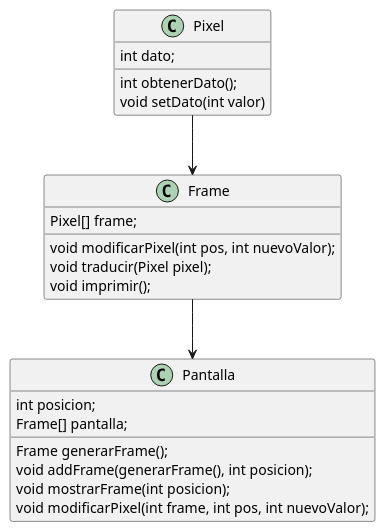
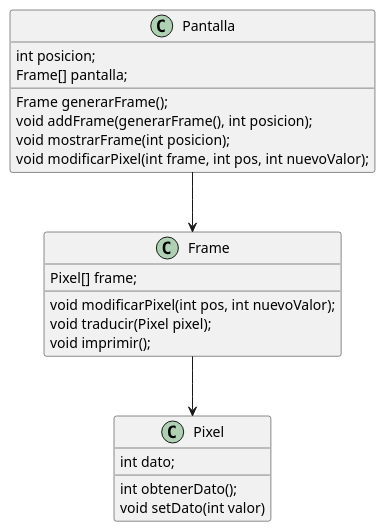
The diagram in entregas/deCosSaul/entrega-000/uml/diagrama.puml (mmasias/24-25-EDA2), drawn with PlantUML before and after one commit. The commit also changed 1 other file, not shown here.

Commit message:
diagrama arreglado

```diff
--- a/entregas/deCosSaul/entrega-000/uml/diagrama.puml
+++ b/entregas/deCosSaul/entrega-000/uml/diagrama.puml
@@ -1,27 +1,27 @@
 @startuml
 
 class Pixel{
   int dato;
   int obtenerDato();
   void setDato(int valor)
 }
 
 class Frame{
   Pixel[] frame;
   void modificarPixel(int pos, int nuevoValor);
   void traducir(Pixel pixel);
   void imprimir();
 }
 
 class Pantalla{
   int posicion;
   Frame[] pantalla;
   Frame generarFrame();
   void addFrame(generarFrame(), int posicion);
   void mostrarFrame(int posicion);
   void modificarPixel(int frame, int pos, int nuevoValor);
 }
 
-Pixel --> Frame
-Frame --> Pantalla
+Pantalla --> Frame
+Frame --> Pixel
 @enduml
```
